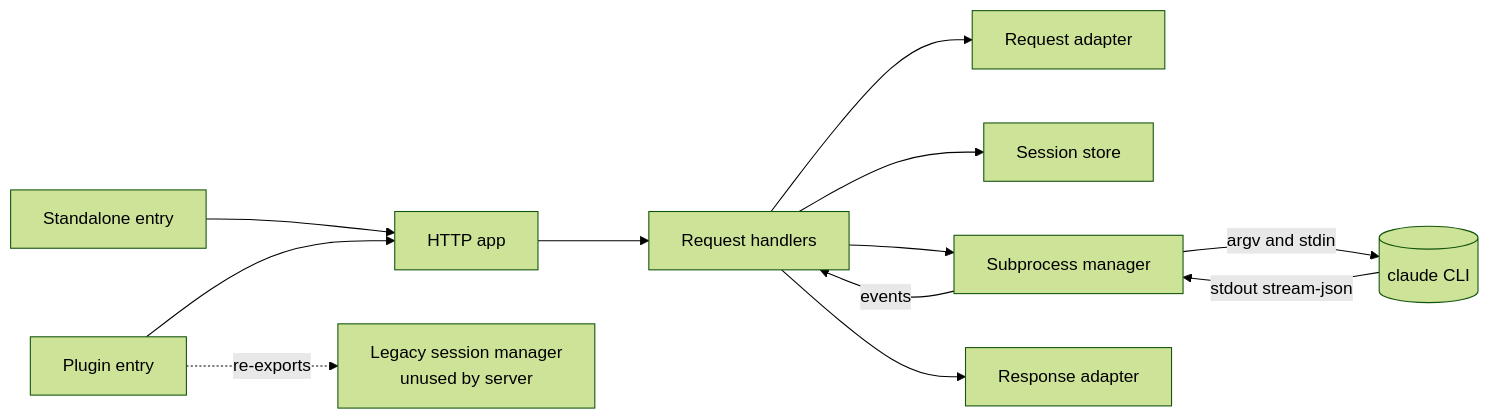
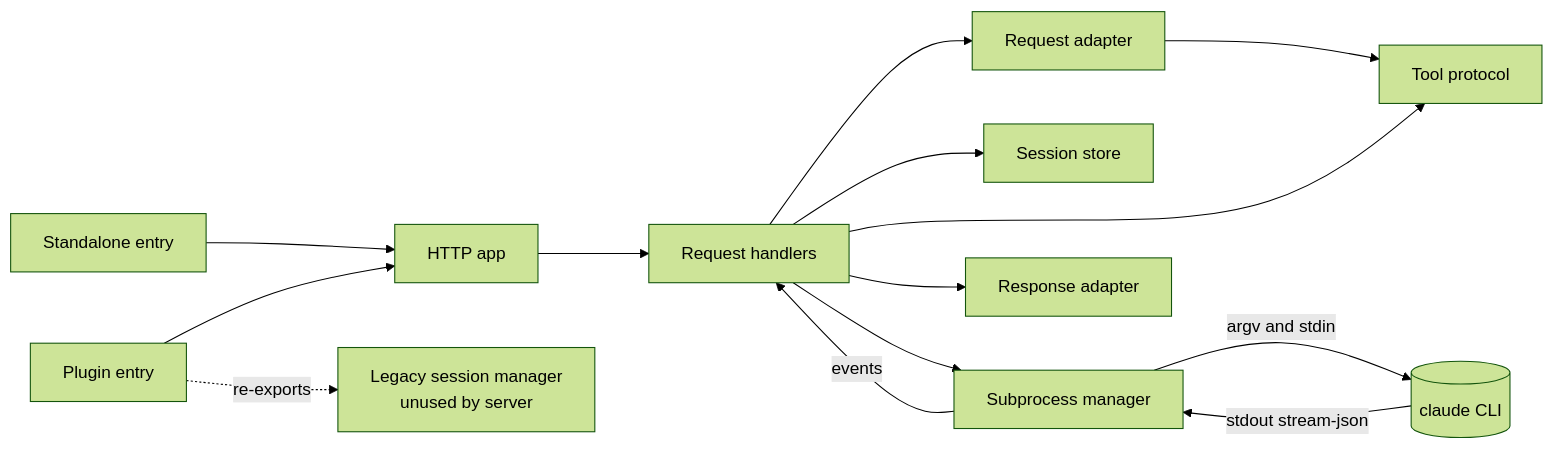
The diagram in docs/ARCHITECTURE.md (jameshskoh/claude-max-api-proxy), drawn with Mermaid (forest theme) before and after one commit. The commit also changed other lines of this file and 22 other files, not shown here.

````diff
--- a/docs/ARCHITECTURE.md
+++ b/docs/ARCHITECTURE.md
@@ -116,14 +126,16 @@
 ```mermaid
 flowchart LR
   SA[Standalone entry] --> APP[HTTP app]
   PI[Plugin entry] --> APP
   APP --> RH[Request handlers]
   RH --> RQ[Request adapter]
+  RQ --> TP[Tool protocol]
+  RH --> TP
   RH --> SS[Session store]
   RH --> SP[Subprocess manager]
   SP -->|argv and stdin| CLI[(claude CLI)]
   CLI -->|stdout stream-json| SP
   SP -->|events| RH
   RH --> RS[Response adapter]
   PI -.->|re-exports| LEG[Legacy session manager<br/>unused by server]
 ```
````
